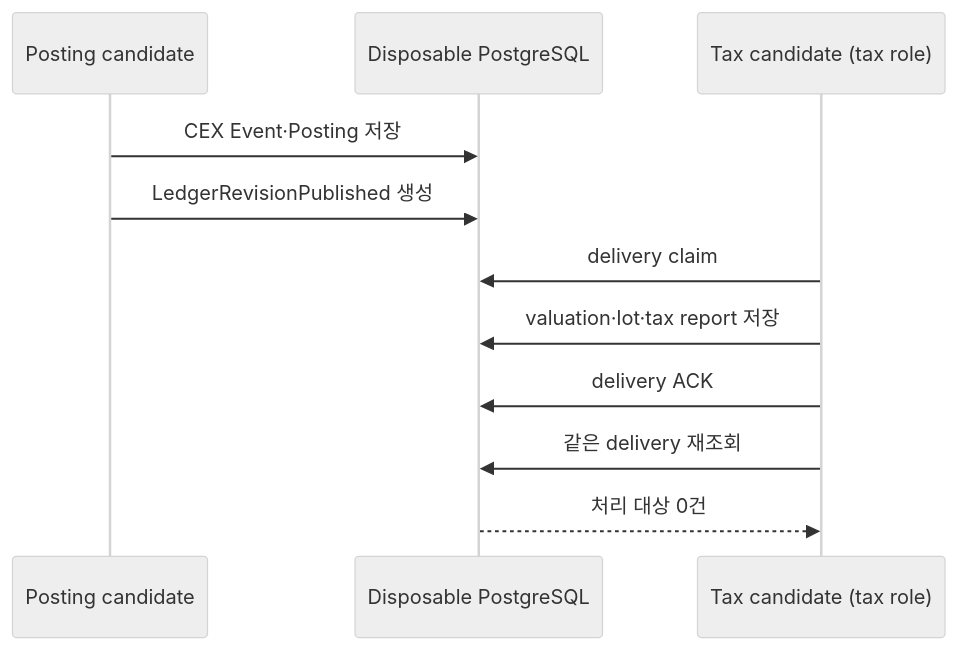
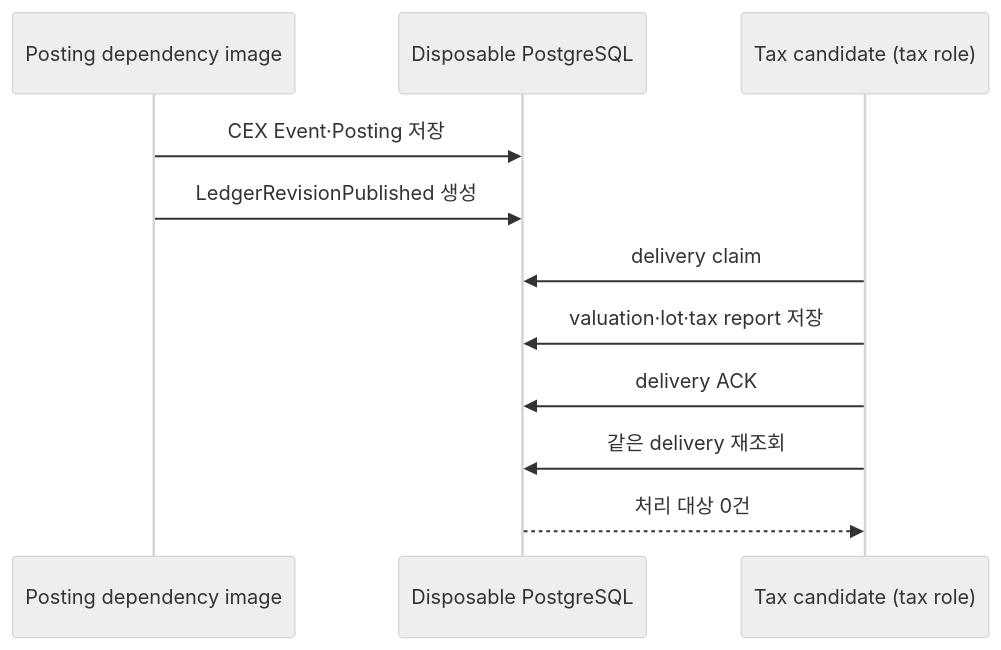
The third of 4 diagrams in docs/local-dev-e2e.md (BackwardLabs/daejang), drawn with Mermaid (neutral theme) before and after one commit. The commit also changed other lines of this file and 2 other files, not shown here.

````diff
--- a/docs/local-dev-e2e.md
+++ b/docs/local-dev-e2e.md
@@ -66,13 +91,13 @@
 ```mermaid
 sequenceDiagram
-    participant P as Posting candidate
+    participant P as Posting dependency image
     participant DB as Disposable PostgreSQL
     participant T as Tax candidate (tax role)
     P->>DB: CEX Event·Posting 저장
     P->>DB: LedgerRevisionPublished 생성
     T->>DB: delivery claim
     T->>DB: valuation·lot·tax report 저장
     T->>DB: delivery ACK
     T->>DB: 같은 delivery 재조회
     DB-->>T: 처리 대상 0건
 ```
````
